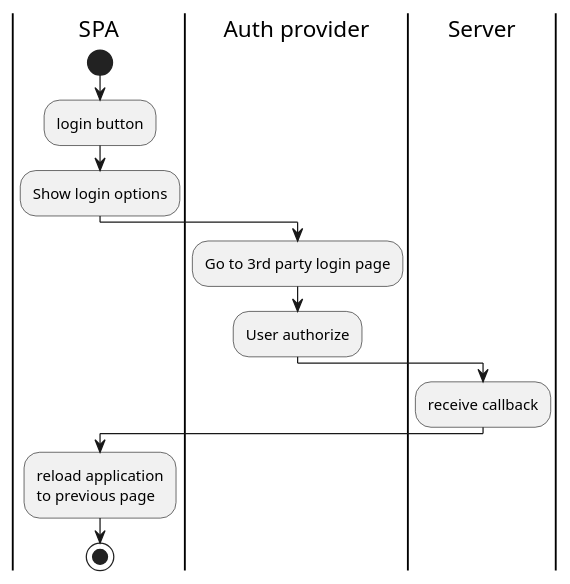
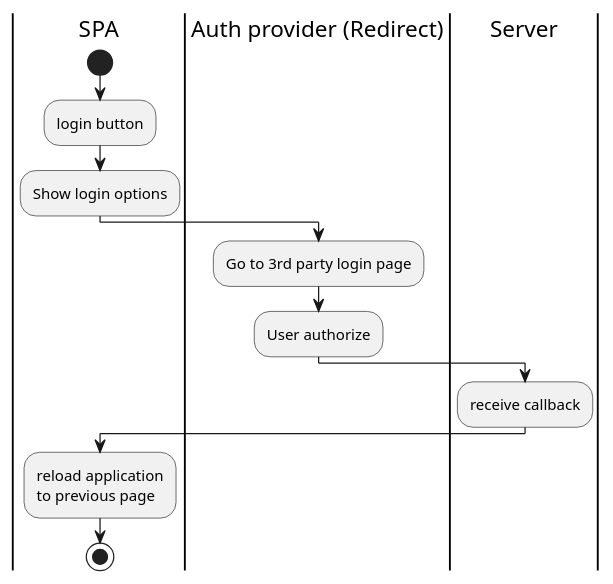
Before and after one commit to sohoffice/seamless-login-demo: the diagram in document/traditional-web-login-activity.puml, drawn with PlantUML. The commit also changed 2 other files, not shown here.

Commit message:
Add diagrams to illustrate the flow

```diff
--- a/document/traditional-web-login-activity.puml
+++ b/document/traditional-web-login-activity.puml
@@ -1,15 +1,15 @@
 @startuml
 |SPA|
 start
 :login button;
 :Show login options;
-|Auth provider|
+|Auth provider (Redirect)|
 :Go to 3rd party login page;
 :User authorize;
 |Server|
 :receive callback;
 |SPA|
 :reload application
 to previous page;
 stop
 @enduml
```
